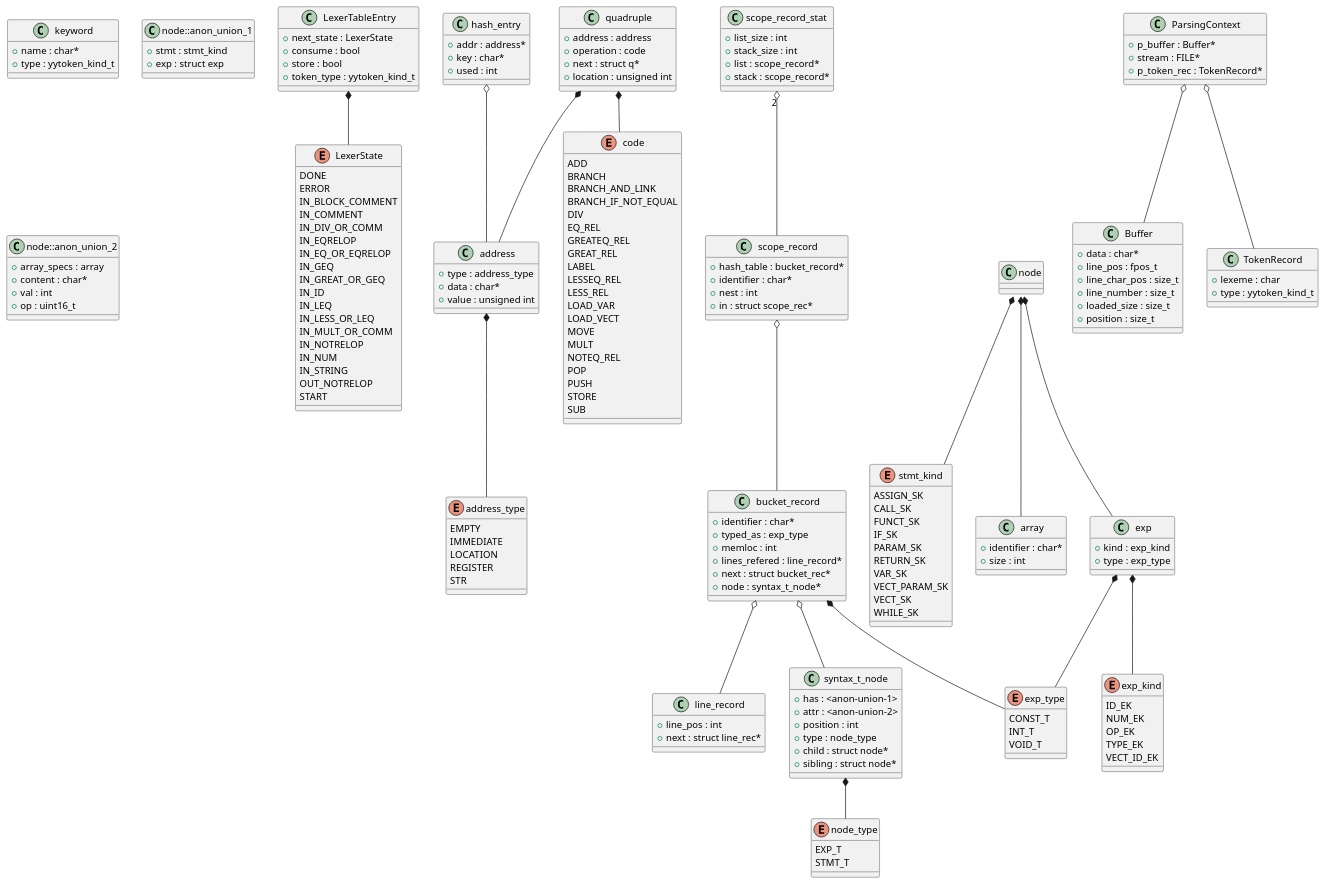
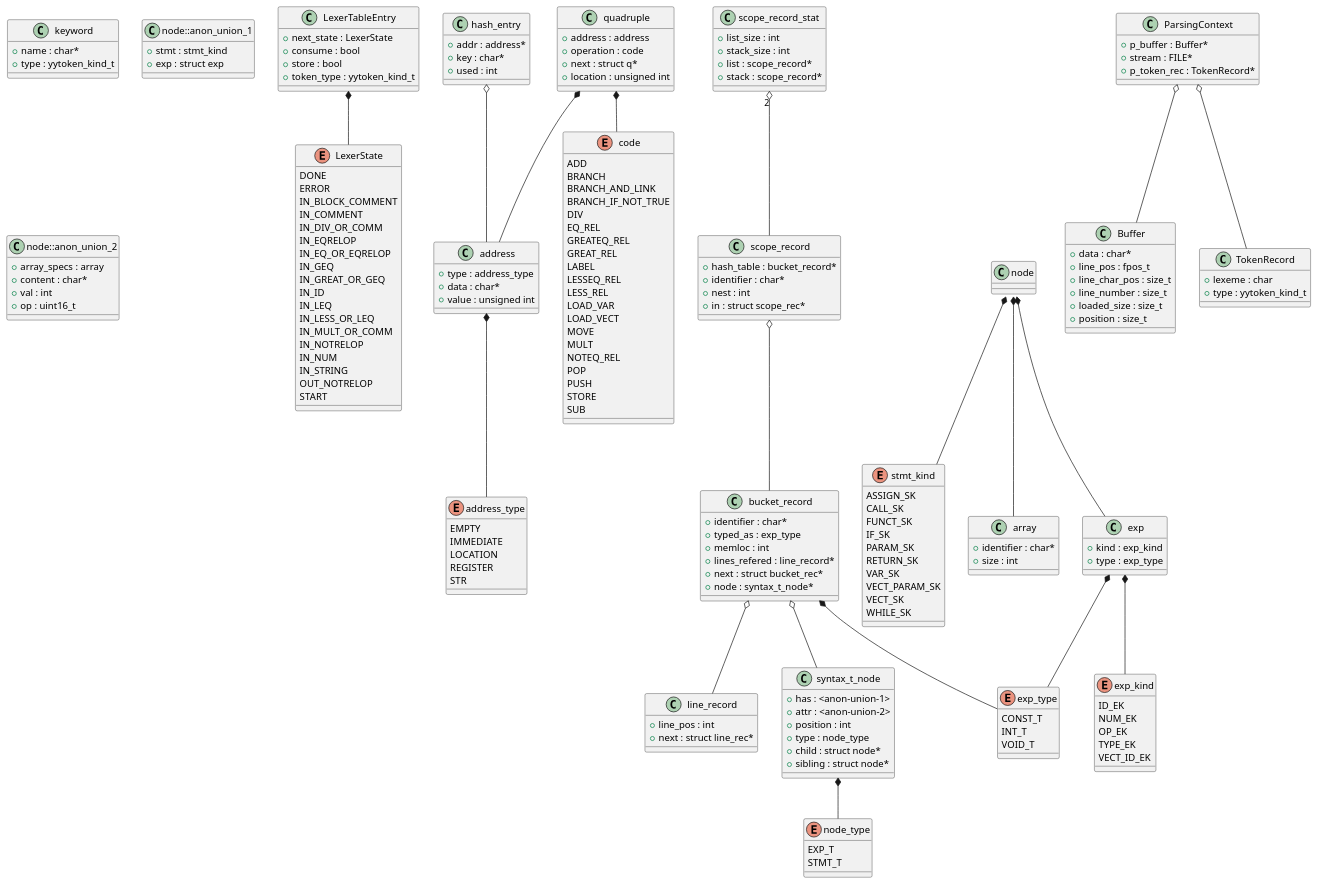
Before and after one commit to manoel-serafim/COMPILER: the diagram in diagrams/block_diagram.puml, drawn with PlantUML. The commit also changed 5 other files, not shown here.

```diff
--- a/diagrams/block_diagram.puml
+++ b/diagrams/block_diagram.puml
@@ -41,7 +41,7 @@
 	ADD
 	BRANCH
 	BRANCH_AND_LINK
-	BRANCH_IF_NOT_EQUAL
+	BRANCH_IF_NOT_TRUE
 	DIV
 	EQ_REL
 	GREATEQ_REL
```
